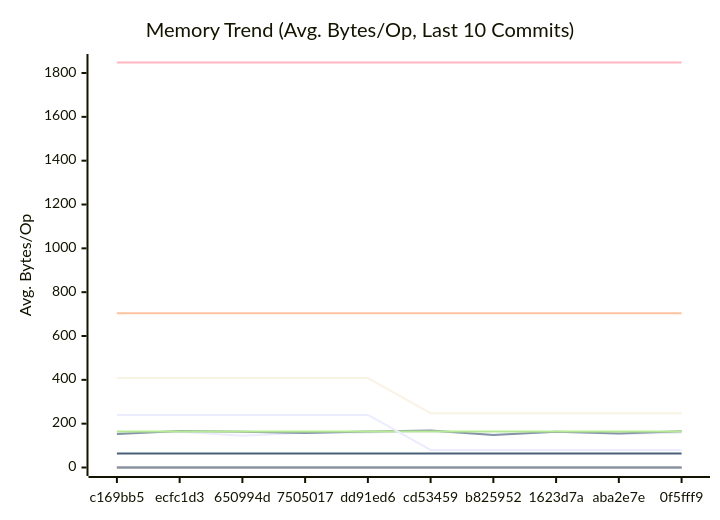
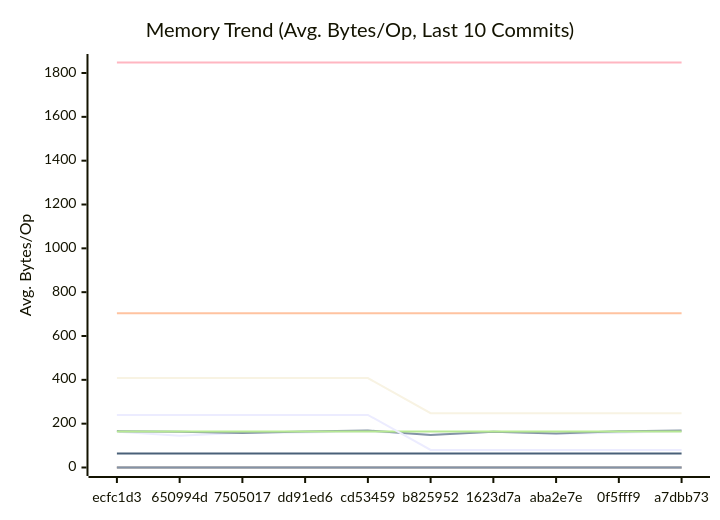
One commit to alsotoes/momo changed the second of 3 diagrams in docs/PERFORMANCE.md. Above: the diagram before and after it, drawn with Mermaid. The commit also changed other lines of this file and 10 other files, not shown here.

````diff
--- a/docs/PERFORMANCE.md
+++ b/docs/PERFORMANCE.md
@@ -171,20 +171,20 @@
 ```mermaid
 xychart-beta
     title "Memory Trend (Avg. Bytes/Op, Last 10 Commits)"
     x-axis "Commit"
     y-axis "Avg. Bytes/Op"
-    x-axis [c169bb5,ecfc1d3,650994d,7505017,dd91ed6,cd53459,b825952,1623d7a,aba2e7e,0f5fff9]
-    line "AWSChunkedReaderSigned" [158,163,145,159,160,165,149,163,154,159]
-    line "AWSChunkedReaderUnsigned" [153,166,163,157,164,169,148,163,155,165]
+    x-axis [ecfc1d3,650994d,7505017,dd91ed6,cd53459,b825952,1623d7a,aba2e7e,0f5fff9,a7dbb73]
+    line "AWSChunkedReaderSigned" [163,145,159,160,165,149,163,154,159,165]
+    line "AWSChunkedReaderUnsigned" [166,163,157,164,169,148,163,155,165,169]
     line "CheckMetricsAndSwap" [0,0,0,0,0,0,0,0,0,0]
     line "CrushOptimized" [0,0,0,0,0,0,0,0,0,0]
     line "CrushOriginal" [164,164,164,164,164,164,164,164,164,164]
     line "IndexDirectTracking" [0,0,0,0,0,0,0,0,0,0]
     line "IndexSearch" [0,0,0,0,0,0,0,0,0,0]
     line "LoadGlobalConfig" [1848,1848,1848,1848,1848,1848,1848,1848,1848,1848]
     line "PadString" [64,64,64,64,64,64,64,64,64,64]
     line "ParseReplicationOrder_NoPrealloc" [408,408,408,408,408,248,248,248,248,248]
     line "ParseReplicationOrder_Prealloc" [240,240,240,240,240,80,80,80,80,80]
     line "SanitizeLog/Safe" [0,0,0,0,0,0,0,0,0,0]
     line "SanitizeLog/Unsafe" [704,704,704,704,704,704,704,704,704,704]
 ```
````
